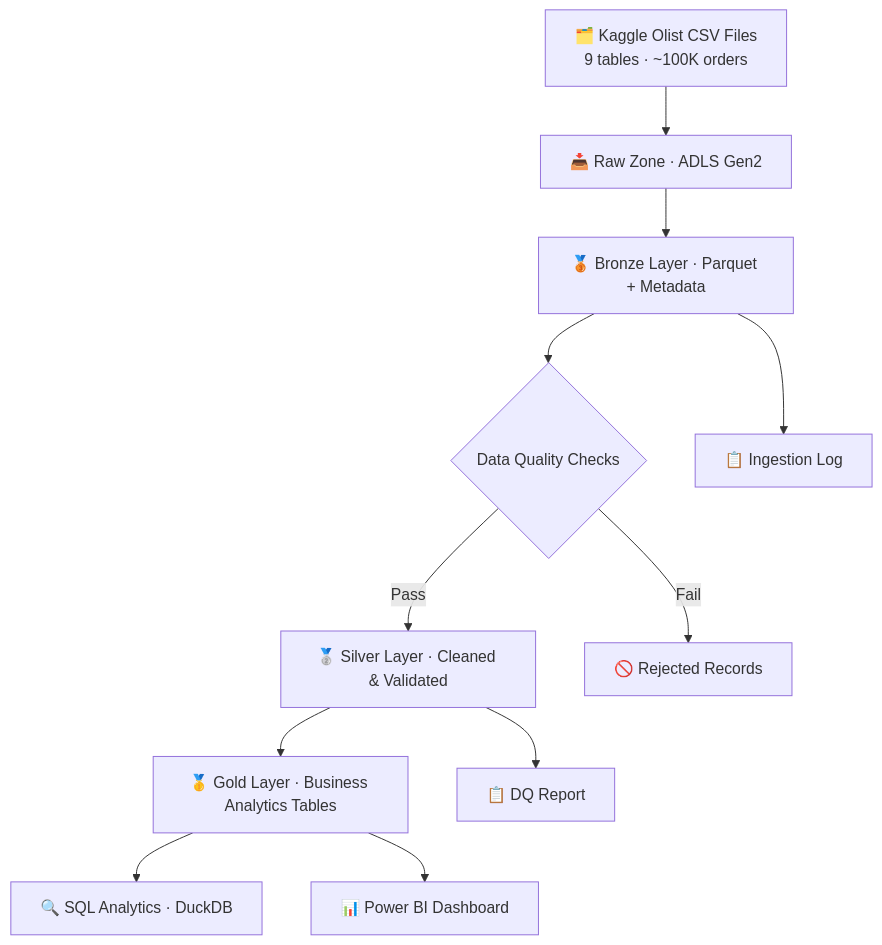
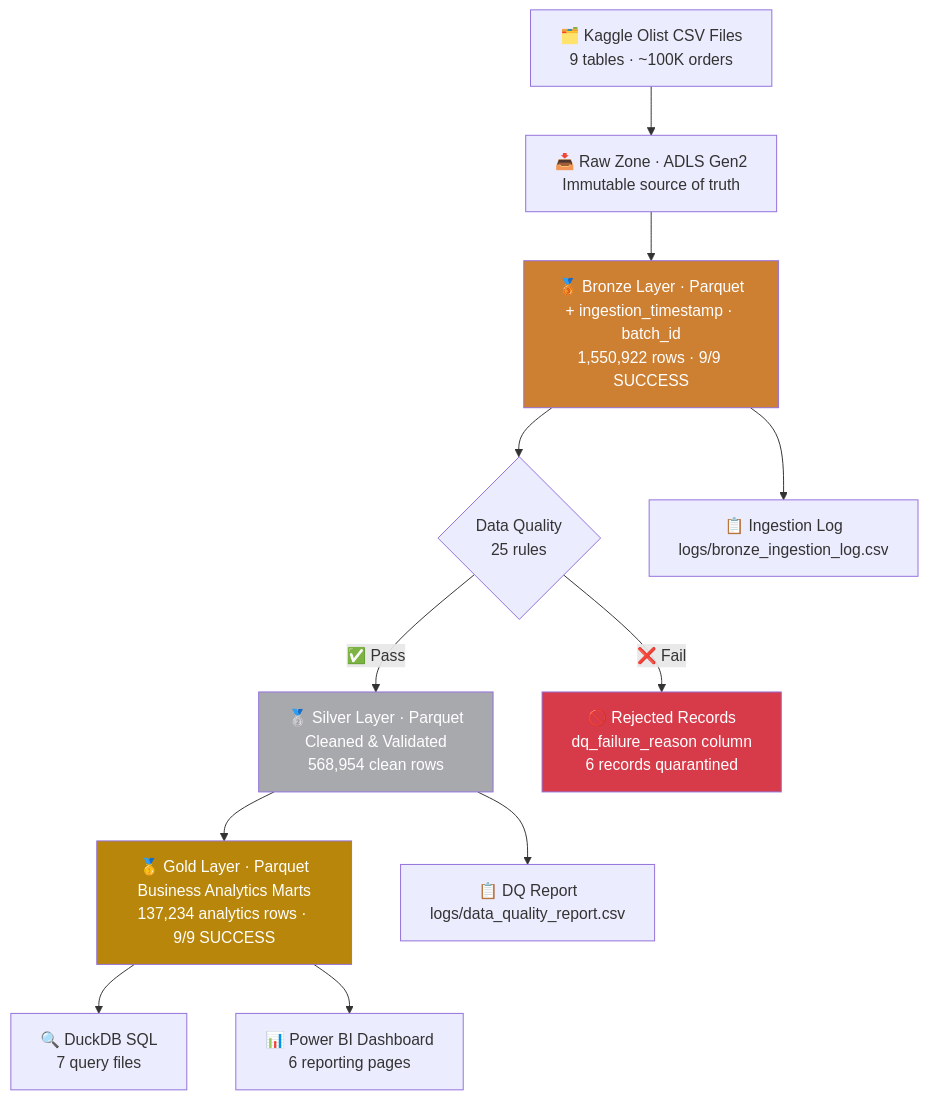
The diagram in README.md (harish885/ecommerce-lakehouse), drawn with Mermaid before and after one commit. The commit also changed other lines of this file, not shown here.

Commit message:
docs: rewrite README with full pipeline stats, DQ rules, and architecture

````diff
--- a/README.md
+++ b/README.md
@@ -23,13 +19,18 @@
 ```mermaid
 flowchart TD
-    A[🗂️ Kaggle Olist CSV Files\n9 tables · ~100K orders] --> B[📥 Raw Zone · ADLS Gen2]
-    B --> C[🥉 Bronze Layer · Parquet + Metadata]
-    C --> D{Data Quality Checks}
-    D -->|Pass| E[🥈 Silver Layer · Cleaned & Validated]
-    D -->|Fail| F[🚫 Rejected Records]
-    E --> G[🥇 Gold Layer · Business Analytics Tables]
-    G --> H[🔍 SQL Analytics · DuckDB]
-    G --> I[📊 Power BI Dashboard]
-    C --> J[📋 Ingestion Log]
-    E --> K[📋 DQ Report]
+    A["🗂️ Kaggle Olist CSV Files<br/>9 tables · ~100K orders"] --> B["📥 Raw Zone · ADLS Gen2<br/>Immutable source of truth"]
+    B --> C["🥉 Bronze Layer · Parquet<br/>+ ingestion_timestamp · batch_id<br/>1,550,922 rows · 9/9 SUCCESS"]
+    C --> D{"Data Quality<br/>25 rules"}
+    D -->|"✅ Pass"| E["🥈 Silver Layer · Parquet<br/>Cleaned & Validated<br/>568,954 clean rows"]
+    D -->|"❌ Fail"| F["🚫 Rejected Records<br/>dq_failure_reason column<br/>6 records quarantined"]
+    E --> G["🥇 Gold Layer · Parquet<br/>Business Analytics Marts<br/>137,234 analytics rows · 9/9 SUCCESS"]
+    G --> H["🔍 DuckDB SQL<br/>7 query files"]
+    G --> I["📊 Power BI Dashboard<br/>6 reporting pages"]
+    C --> J["📋 Ingestion Log<br/>logs/bronze_ingestion_log.csv"]
+    E --> K["📋 DQ Report<br/>logs/data_quality_report.csv"]
+
+    style C fill:#CD7F32,color:#fff
+    style E fill:#A8A9AD,color:#fff
+    style G fill:#B8860B,color:#fff
+    style F fill:#d73a49,color:#fff
 ```
````
